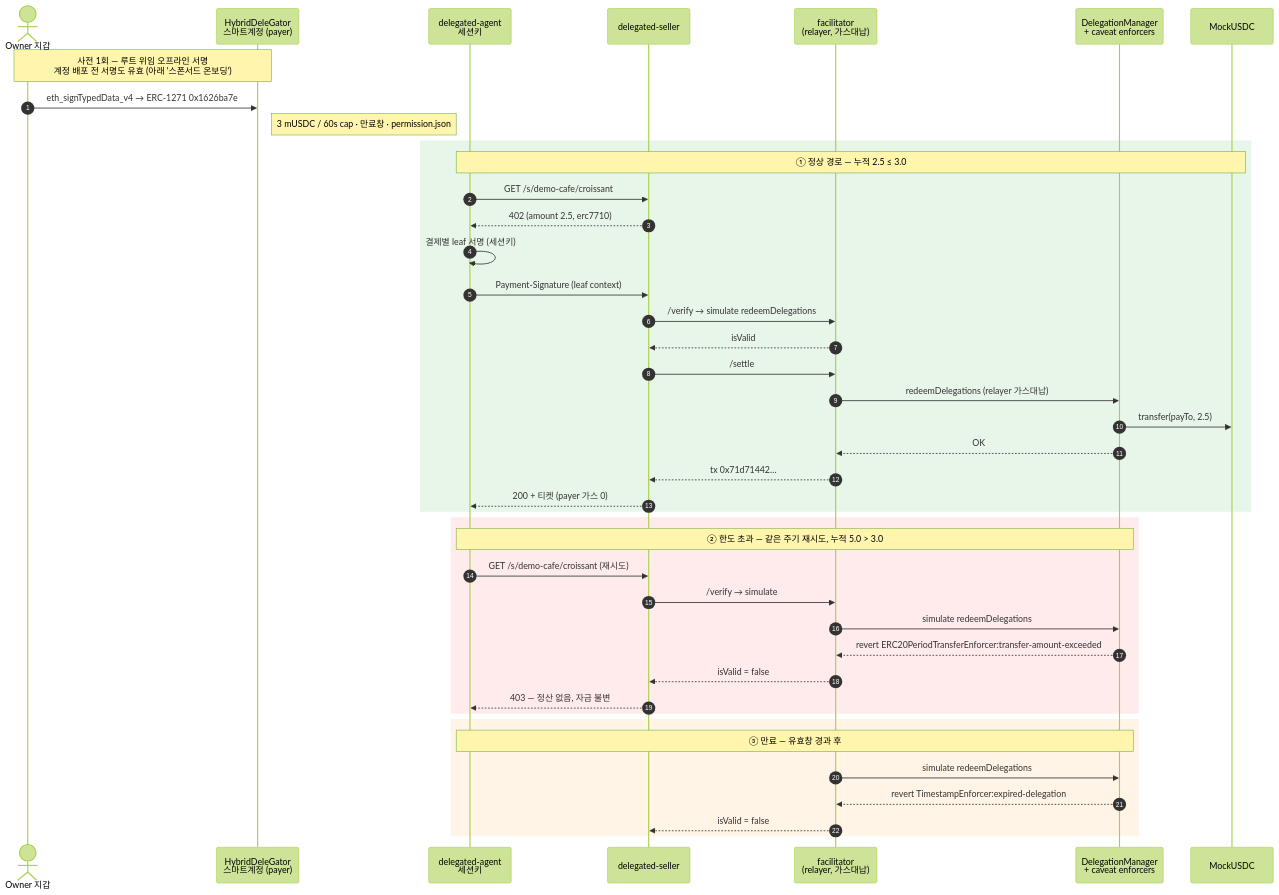
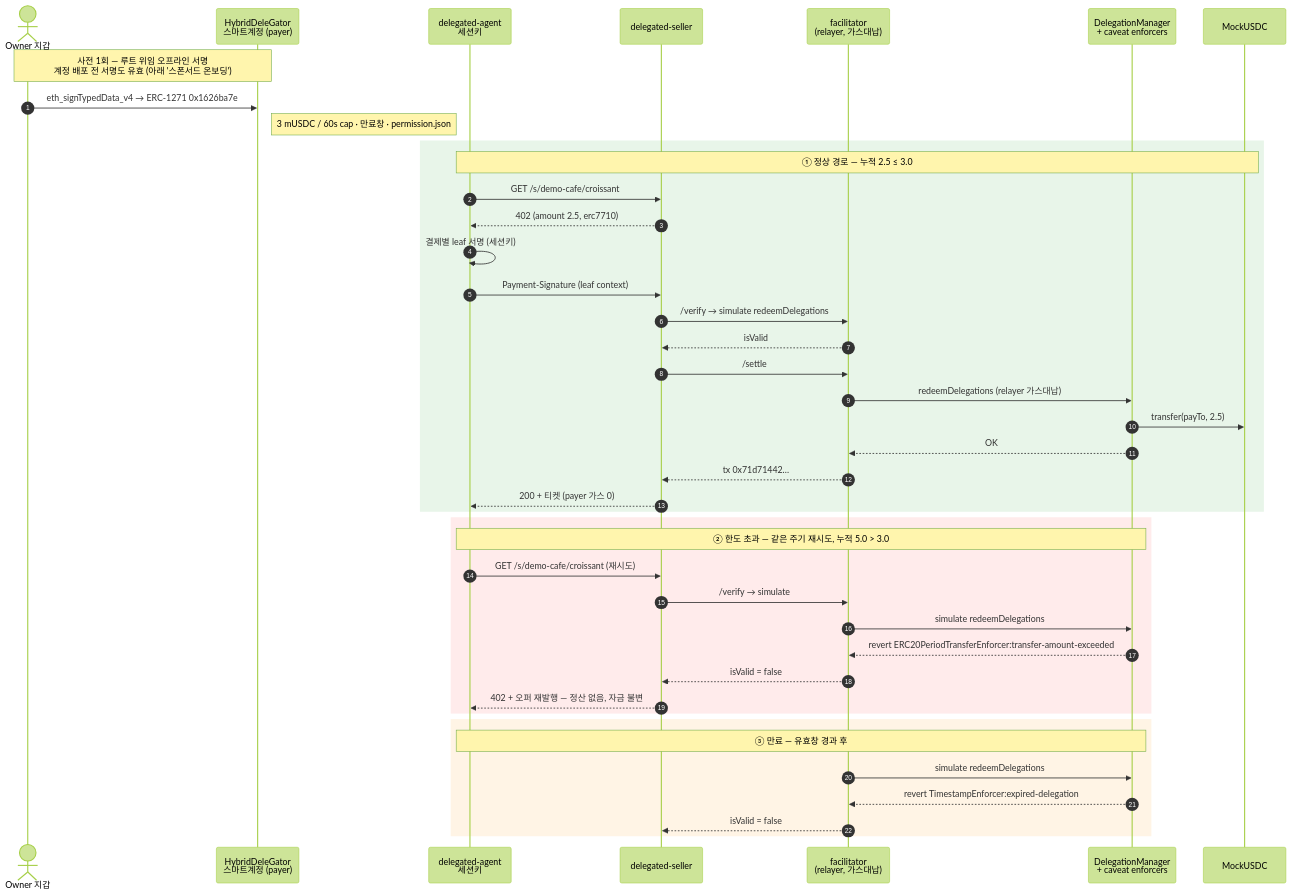
Before and after one commit to kooroot/Mapae: the diagram in docs/tech-notes.md, drawn with Mermaid (forest theme). The commit also changed other lines of this file and 10 other files, not shown here.

````diff
--- a/docs/tech-notes.md
+++ b/docs/tech-notes.md
@@ -126,48 +126,48 @@
 ```mermaid
 sequenceDiagram
     autonumber
     actor Owner as Owner 지갑
     participant SA as HybridDeleGator<br/>스마트계정 (payer)
     participant Agent as delegated-agent<br/>세션키
     participant Seller as delegated-seller
     participant Fac as facilitator<br/>(relayer, 가스대납)
     participant DM as DelegationManager<br/>+ caveat enforcers
     participant USDC as MockUSDC
 
     Note over Owner,SA: 사전 1회 — 루트 위임 오프라인 서명<br/>계정 배포 전 서명도 유효 (아래 '스폰서드 온보딩')
     Owner->>SA: eth_signTypedData_v4 → ERC-1271 0x1626ba7e
     Note right of SA: 3 mUSDC / 60s cap · 만료창 · permission.json
 
     rect rgb(232,245,233)
     Note over Agent,USDC: ① 정상 경로 — 누적 2.5 ≤ 3.0
     Agent->>Seller: GET /s/demo-cafe/croissant
     Seller-->>Agent: 402 (amount 2.5, erc7710)
     Agent->>Agent: 결제별 leaf 서명 (세션키)
     Agent->>Seller: Payment-Signature (leaf context)
     Seller->>Fac: /verify → simulate redeemDelegations
     Fac-->>Seller: isValid
     Seller->>Fac: /settle
     Fac->>DM: redeemDelegations (relayer 가스대납)
     DM->>USDC: transfer(payTo, 2.5)
     DM-->>Fac: OK
     Fac-->>Seller: tx 0x71d71442…
     Seller-->>Agent: 200 + 티켓 (payer 가스 0)
     end
 
     rect rgb(255,235,235)
     Note over Agent,DM: ② 한도 초과 — 같은 주기 재시도, 누적 5.0 > 3.0
     Agent->>Seller: GET /s/demo-cafe/croissant (재시도)
     Seller->>Fac: /verify → simulate
     Fac->>DM: simulate redeemDelegations
     DM-->>Fac: revert ERC20PeriodTransferEnforcer:transfer-amount-exceeded
     Fac-->>Seller: isValid = false
-    Seller-->>Agent: 403 — 정산 없음, 자금 불변
+    Seller-->>Agent: 402 + 오퍼 재발행 — 정산 없음, 자금 불변
     end
 
     rect rgb(255,244,229)
     Note over Agent,DM: ③ 만료 — 유효창 경과 후
     Fac->>DM: simulate redeemDelegations
     DM-->>Fac: revert TimestampEnforcer:expired-delegation
     Fac-->>Seller: isValid = false
     end
 ```
````
